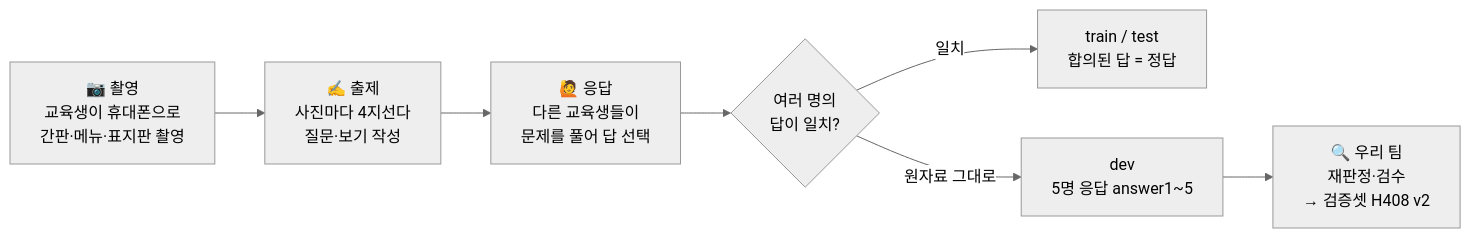
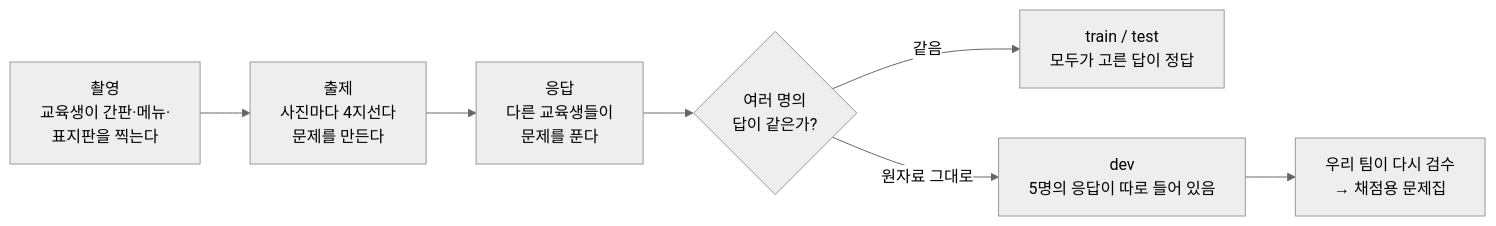
One commit to Jkim1647/ssafy16-ai-challenge-2 changed the first of 2 diagrams in README.md. Above: the diagram before and after it, drawn with Mermaid (neutral theme). The commit also changed other lines of this file, not shown here.

````diff
--- a/README.md
+++ b/README.md
@@ -66,9 +57,9 @@
 ```mermaid
 flowchart LR
-    A["📷 촬영<br/>교육생이 휴대폰으로<br/>간판·메뉴·표지판 촬영"] --> B["✍️ 출제<br/>사진마다 4지선다<br/>질문·보기 작성"]
-    B --> C["🙋 응답<br/>다른 교육생들이<br/>문제를 풀어 답 선택"]
-    C --> D{"여러 명의<br/>답이 일치?"}
-    D -- "일치" --> E["train / test<br/>합의된 답 = 정답"]
-    D -- "원자료 그대로" --> F["dev<br/>5명 응답 answer1~5"]
-    F --> G["🔍 우리 팀<br/>재판정·검수<br/>→ 검증셋 H408 v2"]
+    A["촬영<br/>교육생이 간판·메뉴·<br/>표지판을 찍는다"] --> B["출제<br/>사진마다 4지선다<br/>문제를 만든다"]
+    B --> C["응답<br/>다른 교육생들이<br/>문제를 푼다"]
+    C --> D{"여러 명의<br/>답이 같은가?"}
+    D -- "같음" --> E["train / test<br/>모두가 고른 답이 정답"]
+    D -- "원자료 그대로" --> F["dev<br/>5명의 응답이 따로 들어 있음"]
+    F --> G["우리 팀이 다시 검수<br/>→ 채점용 문제집"]
 ```
````
